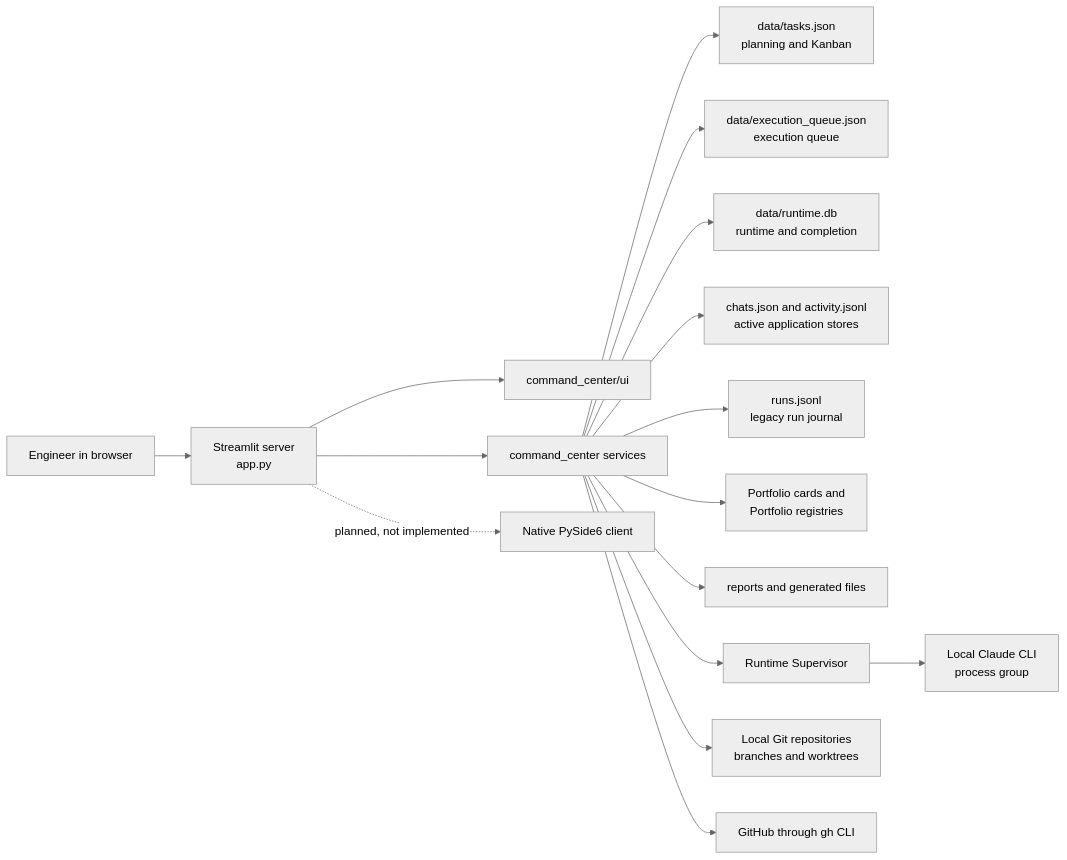
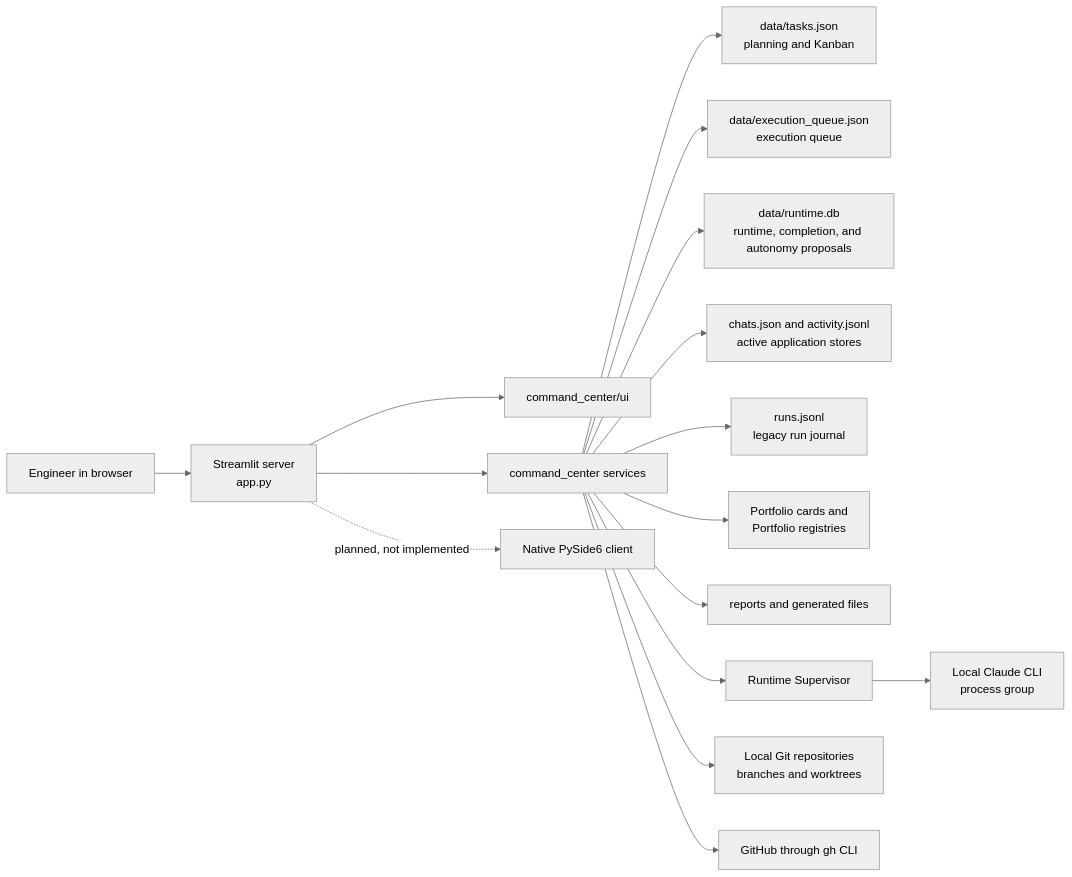
Before and after one commit to dimastov-lab/ai-command-center: the diagram in ARCHITECTURE.md, drawn with Mermaid (neutral theme). The commit also changed other lines of this file and 5 other files, not shown here.

Commit message:
Reconcile integrated runtime architecture

````diff
--- a/ARCHITECTURE.md
+++ b/ARCHITECTURE.md
@@ -20,21 +20,21 @@
 ```mermaid
 flowchart LR
     Operator["Engineer in browser"] --> Streamlit["Streamlit server<br/>app.py"]
     Streamlit --> UI["command_center/ui"]
     Streamlit --> Services["command_center services"]
 
     Services --> Planning["data/tasks.json<br/>planning and Kanban"]
     Services --> Queue["data/execution_queue.json<br/>execution queue"]
-    Services --> Runtime["data/runtime.db<br/>runtime and completion"]
+    Services --> Runtime["data/runtime.db<br/>runtime, completion, and autonomy proposals"]
     Services --> AppStores["chats.json and activity.jsonl<br/>active application stores"]
     Services --> Legacy["runs.jsonl<br/>legacy run journal"]
     Services --> Portfolio["Portfolio cards and<br/>Portfolio registries"]
     Services --> Artifacts["reports and generated files"]
 
     Services --> Supervisor["Runtime Supervisor"]
     Supervisor --> Claude["Local Claude CLI<br/>process group"]
     Services --> Git["Local Git repositories<br/>branches and worktrees"]
     Services --> GitHub["GitHub through gh CLI"]
 
     Streamlit -. "planned, not implemented" .-> Desktop["Native PySide6 client"]
 ```
````
